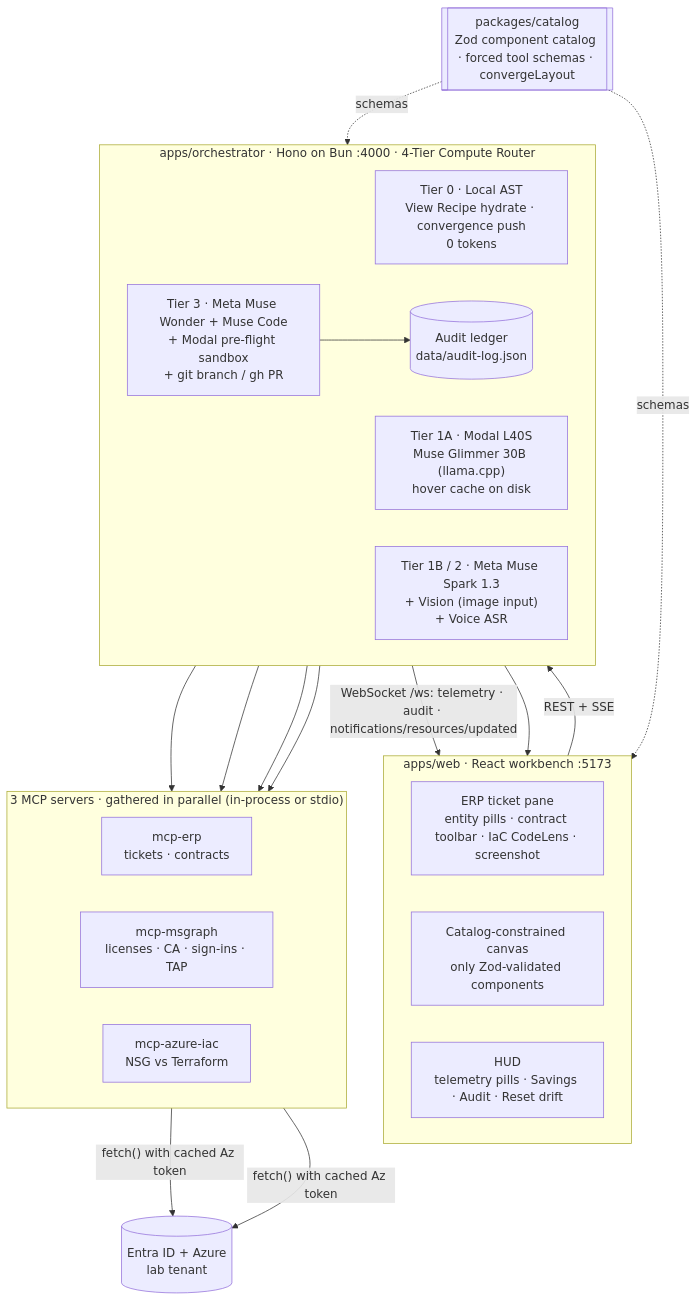
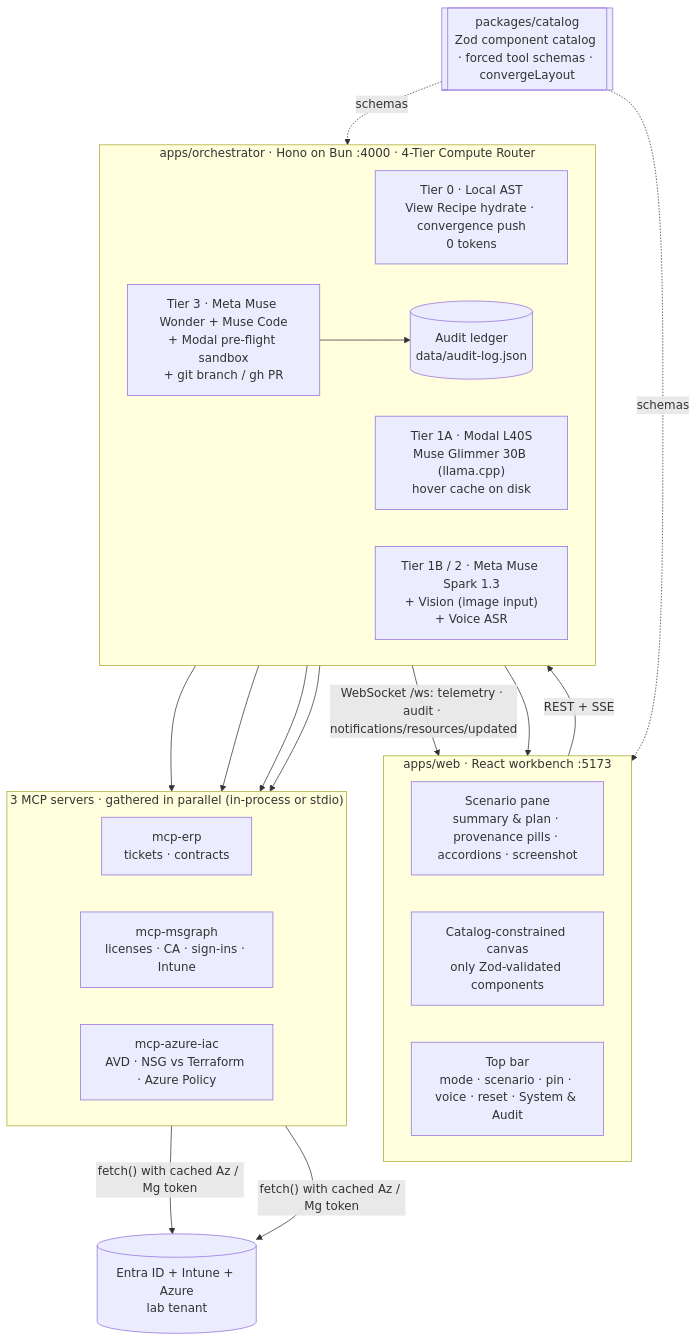
The diagram in README.md (dudhasch/contextpane), drawn with Mermaid before and after one commit. The commit also changed other lines of this file and 8 other files, not shown here.

````diff
--- a/README.md
+++ b/README.md
@@ -108,37 +135,37 @@
 ```mermaid
 flowchart TB
   subgraph WEB["apps/web · React workbench :5173"]
     direction LR
-    TICKET["ERP ticket pane<br/>entity pills · contract toolbar · IaC CodeLens · screenshot"]
+    TICKET["Scenario pane<br/>summary & plan · provenance pills · accordions · screenshot"]
     CANVAS["Catalog-constrained canvas<br/>only Zod-validated components"]
-    HUD["HUD<br/>telemetry pills · Savings · Audit · Reset drift"]
+    HUD["Top bar<br/>mode · scenario · pin · voice · reset · System & Audit"]
   end
 
   subgraph ORCH["apps/orchestrator · Hono on Bun :4000 · 4-Tier Compute Router"]
     direction LR
     T0["Tier 0 · Local AST<br/>View Recipe hydrate · convergence push<br/>0 tokens"]
     T1A["Tier 1A · Modal L40S<br/>Muse Glimmer 30B (llama.cpp)<br/>hover cache on disk"]
     T12["Tier 1B / 2 · Meta Muse Spark 1.3<br/>+ Vision (image input)<br/>+ Voice ASR"]
     T3["Tier 3 · Meta Muse Wonder + Muse Code<br/>+ Modal pre-flight sandbox<br/>+ git branch / gh PR"]
     LEDGER[("Audit ledger<br/>data/audit-log.json")]
   end
 
   subgraph MCP["3 MCP servers · gathered in parallel (in-process or stdio)"]
     direction LR
     ERP["mcp-erp<br/>tickets · contracts"]
-    GRAPH["mcp-msgraph<br/>licenses · CA · sign-ins · TAP"]
-    AZ["mcp-azure-iac<br/>NSG vs Terraform"]
+    GRAPH["mcp-msgraph<br/>licenses · CA · sign-ins · Intune"]
+    AZ["mcp-azure-iac<br/>AVD · NSG vs Terraform · Azure Policy"]
   end
 
   CATALOG[["packages/catalog<br/>Zod component catalog · forced tool schemas · convergeLayout"]]
-  TENANT[("Entra ID + Azure<br/>lab tenant")]
+  TENANT[("Entra ID + Intune + Azure<br/>lab tenant")]
 
   TICKET -- "REST + SSE" --> ORCH
   ORCH -- "WebSocket /ws: telemetry · audit · notifications/resources/updated" --> HUD
   ORCH --> CANVAS
   T0 & T1A & T12 & T3 --> MCP
   T3 --> LEDGER
-  GRAPH & AZ -- "fetch() with cached Az token" --> TENANT
+  GRAPH & AZ -- "fetch() with cached Az / Mg token" --> TENANT
   CATALOG -. "schemas" .-> ORCH
   CATALOG -. "schemas" .-> CANVAS
 ```
````
